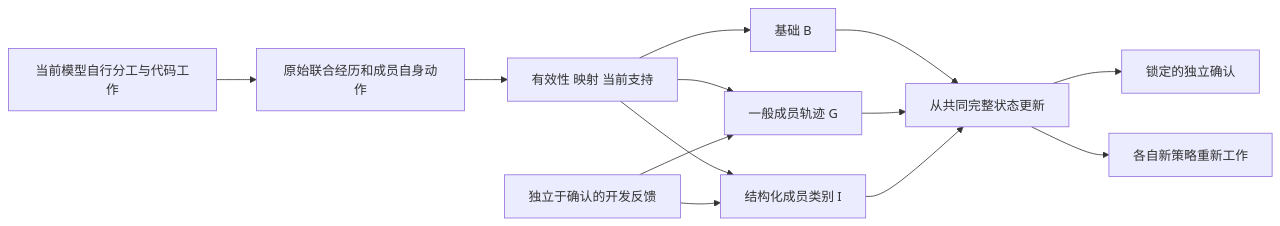
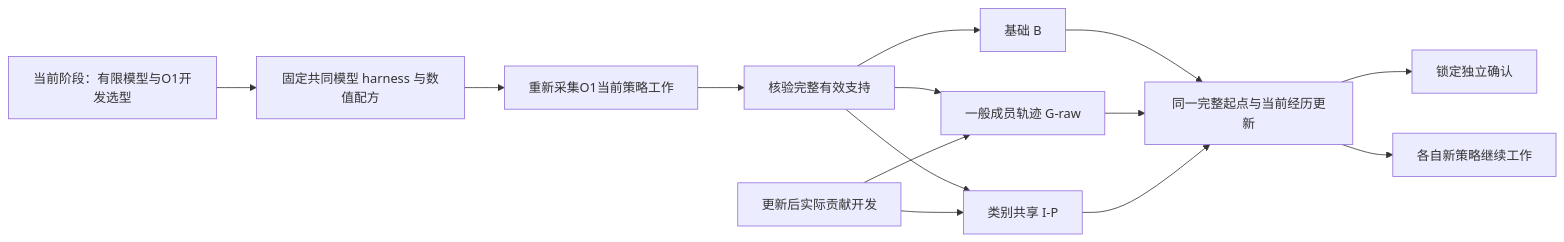
The diagram in docs/research/id-vtdo.md (haoyueliuzhao/ProWorkSim), drawn with Mermaid before and after one commit. The commit also changed other lines of this file and 85 other files, not shown here.

````diff
--- a/docs/research/id-vtdo.md
+++ b/docs/research/id-vtdo.md
@@ -22,15 +33,16 @@
 ```mermaid
 flowchart LR
-  W[当前模型自行分工与代码工作] --> D[原始联合经历和成员自身动作]
-  D --> V[有效性 映射 当前支持]
-  V --> B[基础 B]
-  V --> G[一般成员轨迹 G]
-  V --> I[结构化成员类别 I]
-  DEV[独立于确认的开发反馈] --> G
+  SELECT[当前阶段：有限模型与O1开发选型] --> FIX[固定共同模型 harness 与数值配方]
+  FIX --> WORK[重新采集O1当前策略工作]
+  WORK --> SUPPORT[核验完整有效支持]
+  SUPPORT --> B[基础 B]
+  SUPPORT --> G[一般成员轨迹 G-raw]
+  SUPPORT --> I[类别共享 I-P]
+  DEV[更新后实际贡献开发] --> G
   DEV --> I
-  B --> U[从共同完整状态更新]
-  G --> U
-  I --> U
-  U --> TEST[锁定的独立确认]
-  U --> NEXT[各自新策略重新工作]
+  B --> UPDATE[同一完整起点与当前经历更新]
+  G --> UPDATE
+  I --> UPDATE
+  UPDATE --> TEST[锁定独立确认]
+  UPDATE --> NEXT[各自新策略继续工作]
 ```
````
